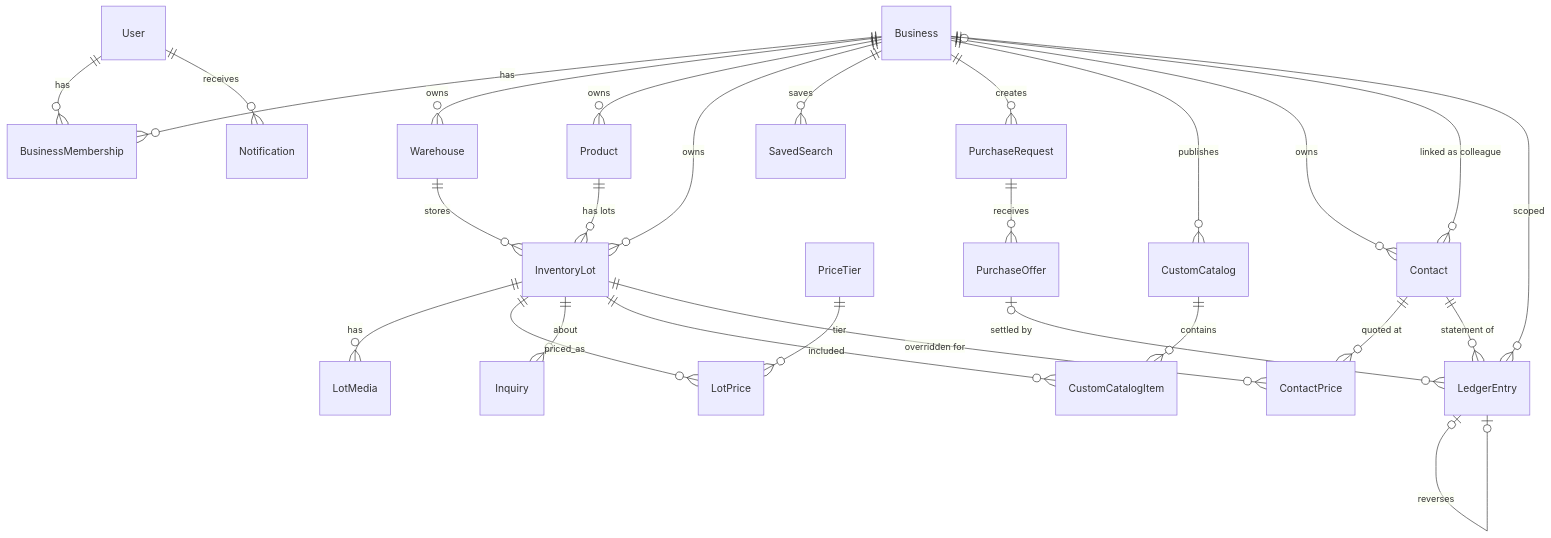
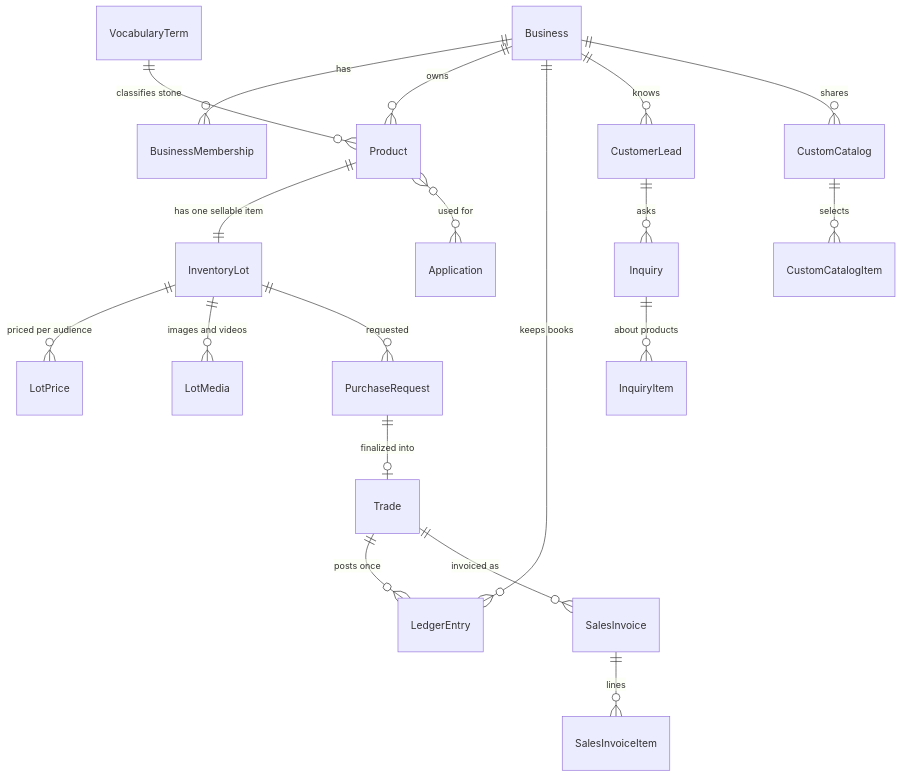
Before and after one commit to mohammad5115m/SANGA: the diagram in docs/data-model.md, drawn with Mermaid. The commit also changed other lines of this file and 504 other files, not shown here.

````diff
--- a/docs/data-model.md
+++ b/docs/data-model.md
@@ -17,29 +9,21 @@
 ```mermaid
 erDiagram
-  User ||--o{ BusinessMembership : has
-  Business ||--o{ BusinessMembership : has
-  Business ||--o{ Warehouse : owns
-  Business ||--o{ Product : owns
-  Business ||--o{ InventoryLot : owns
-  Product ||--o{ InventoryLot : "has lots"
-  Warehouse ||--o{ InventoryLot : stores
-  InventoryLot ||--o{ LotMedia : has
-  InventoryLot ||--o{ LotPrice : priced_as
-  PriceTier ||--o{ LotPrice : tier
-  Business ||--o{ SavedSearch : saves
-  InventoryLot ||--o{ Inquiry : about
-  Business ||--o{ PurchaseRequest : creates
-  PurchaseRequest ||--o{ PurchaseOffer : receives
-  PurchaseOffer |o--o{ LedgerEntry : "settled by"
-  Business ||--o{ CustomCatalog : publishes
-  CustomCatalog ||--o{ CustomCatalogItem : contains
-  InventoryLot ||--o{ CustomCatalogItem : included
-  User ||--o{ Notification : receives
-  Business ||--o{ Contact : owns
-  Business |o--o{ Contact : "linked as colleague"
-  Contact ||--o{ ContactPrice : "quoted at"
-  InventoryLot ||--o{ ContactPrice : "overridden for"
-  Business ||--o{ LedgerEntry : scoped
-  Contact ||--o{ LedgerEntry : "statement of"
-  LedgerEntry |o--o| LedgerEntry : reverses
+    Business ||--o{ BusinessMembership : "has"
+    Business ||--o{ Product : "owns"
+    Product  ||--|| InventoryLot : "has one sellable item"
+    VocabularyTerm ||--o{ Product : "classifies stone"
+    Product  }o--o{ Application : "used for"
+    InventoryLot ||--o{ LotPrice : "priced per audience"
+    InventoryLot ||--o{ LotMedia : "images and videos"
+    InventoryLot ||--o{ PurchaseRequest : "requested"
+    PurchaseRequest ||--o| Trade : "finalized into"
+    Trade ||--o{ LedgerEntry : "posts once"
+    Trade ||--o{ SalesInvoice : "invoiced as"
+    SalesInvoice ||--o{ SalesInvoiceItem : "lines"
+    Business ||--o{ LedgerEntry : "keeps books"
+    Business ||--o{ CustomerLead : "knows"
+    CustomerLead ||--o{ Inquiry : "asks"
+    Inquiry ||--o{ InquiryItem : "about products"
+    Business ||--o{ CustomCatalog : "shares"
+    CustomCatalog ||--o{ CustomCatalogItem : "selects"
 ```
````
